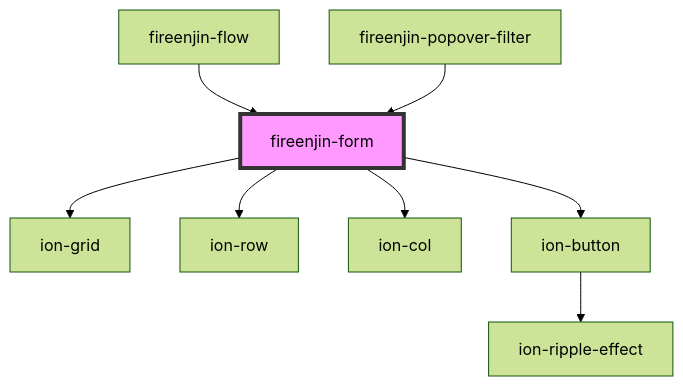
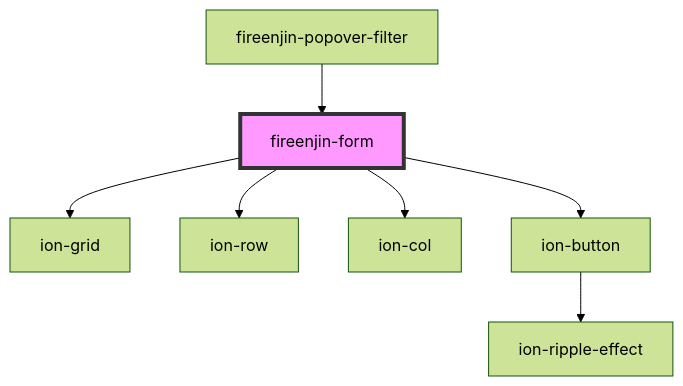
The diagram in src/components/form/readme.md (FireEnjin/Components), drawn with Mermaid (forest theme) before and after one commit. The commit also changed other lines of this file and 18 other files, not shown here.

````diff
--- a/src/components/form/readme.md
+++ b/src/components/form/readme.md
@@ -162,11 +161,10 @@
 ```mermaid
 graph TD;
   fireenjin-form --> ion-grid
   fireenjin-form --> ion-row
   fireenjin-form --> ion-col
   fireenjin-form --> ion-button
   ion-button --> ion-ripple-effect
-  fireenjin-flow --> fireenjin-form
   fireenjin-popover-filter --> fireenjin-form
   style fireenjin-form fill:#f9f,stroke:#333,stroke-width:4px
 ```
````
